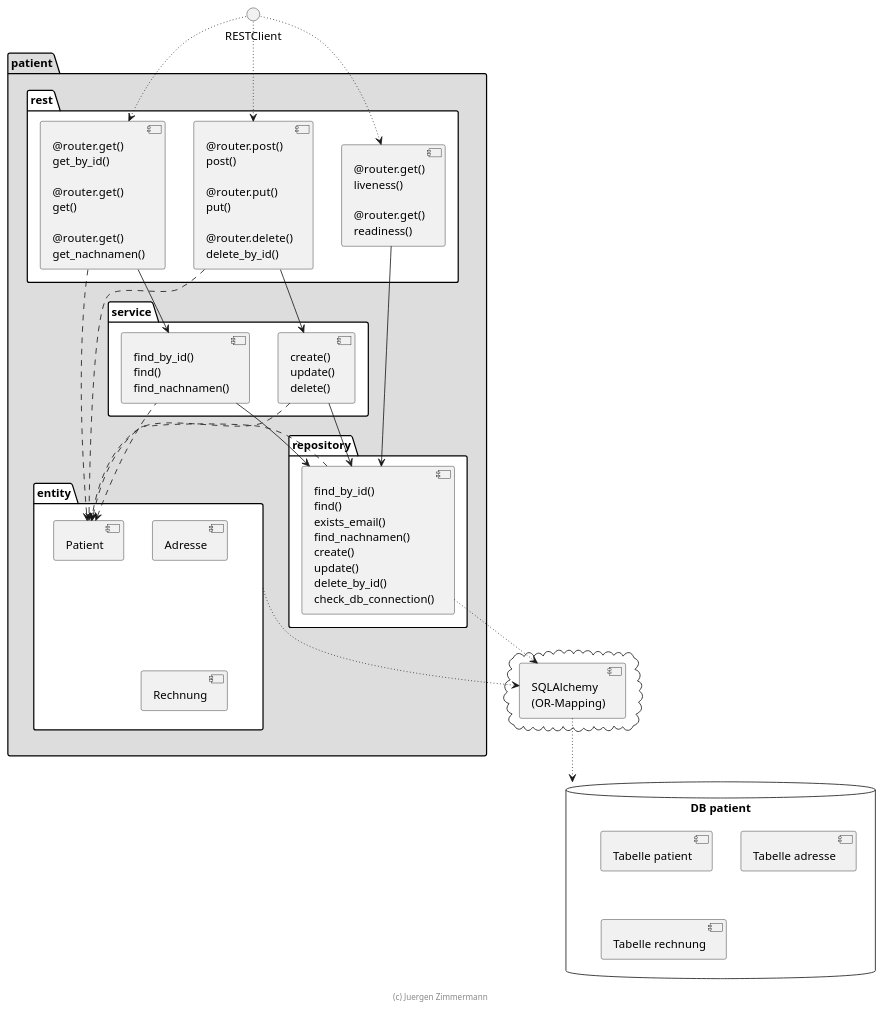
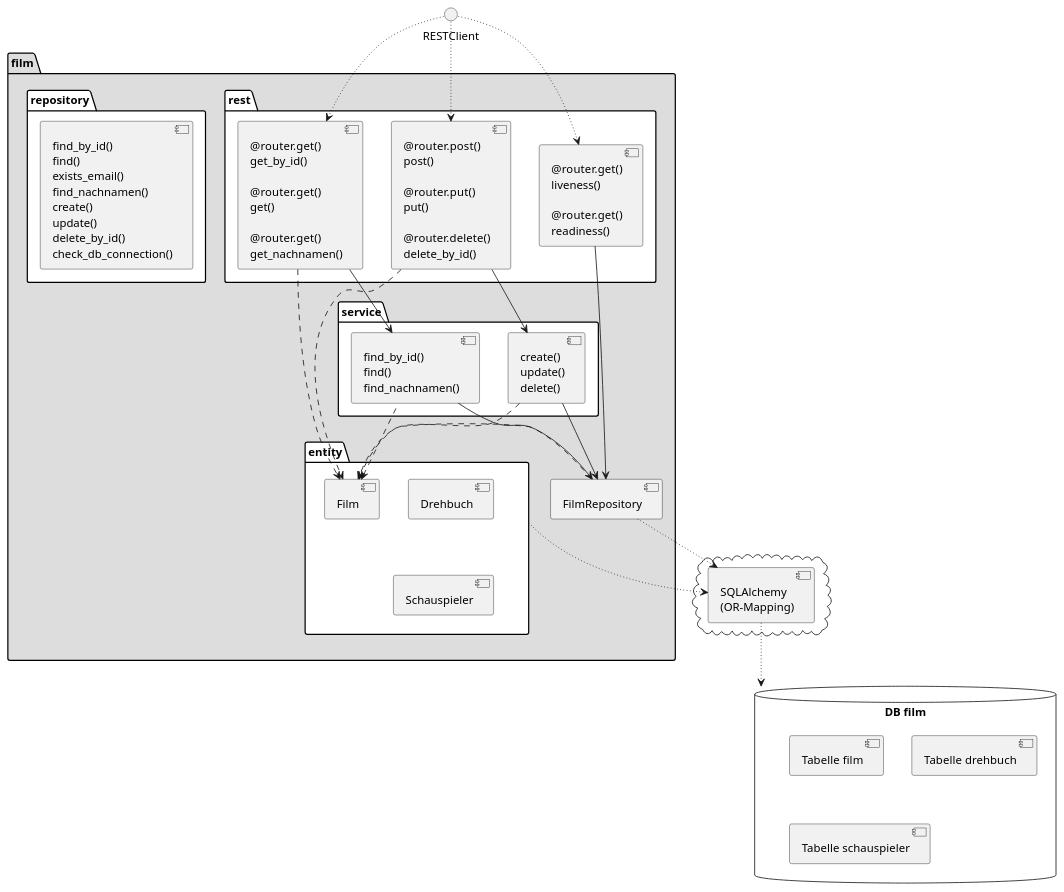
The diagram in docs/diagramme/src/schichtenarchitektur.plantuml (moritzbsnr/swe-gruppenarbeit), drawn with PlantUML before and after one commit. The commit also changed 4 other files, not shown here.

First line of the commit message:
UML und pyproject.toml

```diff
--- a/docs/diagramme/src/schichtenarchitektur.plantuml
+++ b/docs/diagramme/src/schichtenarchitektur.plantuml
@@ -18,65 +18,63 @@
 @startuml Schichtenarchitektur
 
-package patient #DDDDDD {
+package film #DDDDDD {
     package rest #FFFFFF {
-        [@router.get()\nget_by_id()\n\n@router.get()\nget()\n\n@router.get()\nget_nachnamen()] as PatientGetController
-        [@router.post()\npost()\n\n@router.put()\nput()\n\n@router.delete()\ndelete_by_id()] as PatientWriteController
+        [@router.get()\nget_by_id()\n\n@router.get()\nget()\n\n@router.get()\nget_nachnamen()] as FilmGetController
+        [@router.post()\npost()\n\n@router.put()\nput()\n\n@router.delete()\ndelete_by_id()] as FilmWriteController
         [@router.get()\nliveness()\n\n@router.get()\nreadiness()] as HealthController
 
-        [PatientGetController] -right[hidden]-> [PatientWriteController]
+        [FilmGetController] -right[hidden]-> [FilmWriteController]
     }
 
     package service #FFFFFF {
-        [find_by_id()\nfind()\nfind_nachnamen()] as PatientReadService
-        [create()\nupdate()\ndelete()] as PatientWriteService
+        [find_by_id()\nfind()\nfind_nachnamen()] as FilmReadService
+        [create()\nupdate()\ndelete()] as FilmWriteService
     }
 
-    [PatientGetController] --> [PatientReadService]
-    [PatientWriteController] --> [PatientWriteService]
+    [FilmGetController] --> [FilmReadService]
+    [FilmWriteController] --> [FilmWriteService]
 
     package repository #FFFFFF {
         [find_by_id()\nfind()\nexists_email()\nfind_nachnamen()\ncreate()\nupdate()\ndelete_by_id()\ncheck_db_connection()] as PatientRepository
     }
 
-    [PatientReadService] --> [PatientRepository]
-    [PatientWriteService] --> [PatientRepository]
-    [HealthController] --> [PatientRepository]
+    [FilmReadService] --> [FilmRepository]
+    [FilmWriteService] --> [FilmRepository]
+    [HealthController] --> [FilmRepository]
 
     package entity #FFFFFF {
-        [Patient]
-        [Adresse]
-        [Rechnung]
+        [Film]
+        [Drehbuch]
+        [Schauspieler]
 
-        [Patient] -right[hidden]-> [Adresse]
-        [Adresse] -down[hidden]-> [Rechnung]
+        [Film] -right[hidden]-> [Drehbuch]
+        [Drehbuch] -down[hidden]-> [Schauspieler]
     }
 
-    [PatientGetController] ..> [Patient]
-    [PatientWriteController] ..> [Patient]
-    [PatientReadService] .left.> [Patient]
-    [PatientWriteService] ..> [Patient]
-    [PatientRepository] ..> [Patient]
+    [FilmGetController] ..> [Film]
+    [FilmWriteController] ..> [Film]
+    [FilmReadService] .left.> [Film]
+    [FilmWriteService] ..> [Film]
+    [FilmRepository] ..> [Film]
 }
 
-RESTClient ~~> [PatientGetController]
-RESTClient ~~> [PatientWriteController]
+RESTClient ~~> [FilmGetController]
+RESTClient ~~> [FilmWriteController]
 RESTClient ~~> [HealthController]
 
 cloud {
     [SQLAlchemy\n(OR-Mapping)] as SQLAlchemy
 }
 
-[PatientRepository] ~down~> [SQLAlchemy]
+[FilmRepository] ~down~> [SQLAlchemy]
 entity ~~> [SQLAlchemy]
 
-database "DB patient" as db {
-    [Tabelle patient]
-    [Tabelle adresse]
-    [Tabelle rechnung]
+database "DB film" as db {
+    [Tabelle film]
+    [Tabelle drehbuch]
+    [Tabelle schauspieler]
 }
 
 [SQLAlchemy] ~down~> db
 
-footer (c) Juergen Zimmermann
-
 @enduml
```
